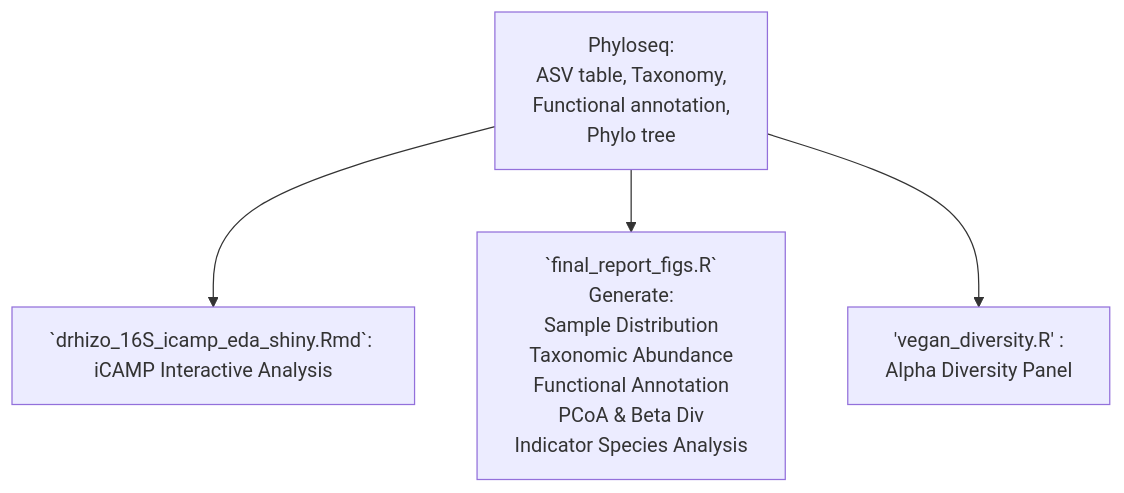
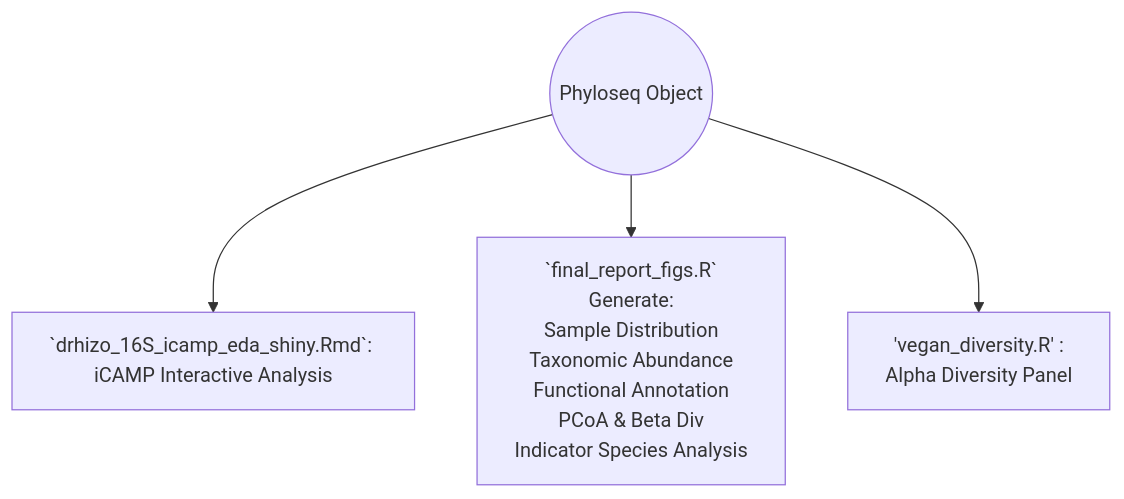
The second of 2 diagrams in README.md (dbioinfo/drhizo), drawn with Mermaid before and after one commit.

````diff
--- a/README.md
+++ b/README.md
@@ -23,6 +23,6 @@
 ```mermaid
 graph TB;
-    A[Phyloseq:\nASV table, Taxonomy, \nFunctional annotation, \nPhylo tree] --> B[`drhizo_16S_icamp_eda_shiny.Rmd`: \niCAMP Interactive Analysis];
+    A((Phyloseq Object)) --> B[`drhizo_16S_icamp_eda_shiny.Rmd`: \niCAMP Interactive Analysis];
     A --> C[`final_report_figs.R`  \nGenerate: \nSample Distribution \nTaxonomic Abundance \nFunctional Annotation \nPCoA & Beta Div \nIndicator Species Analysis];
     A --> D['vegan_diversity.R' : \nAlpha Diversity Panel];
 ```
````
